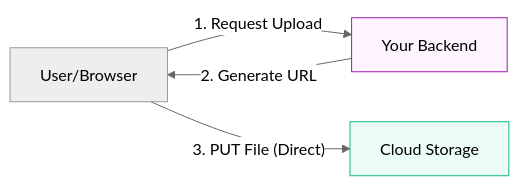
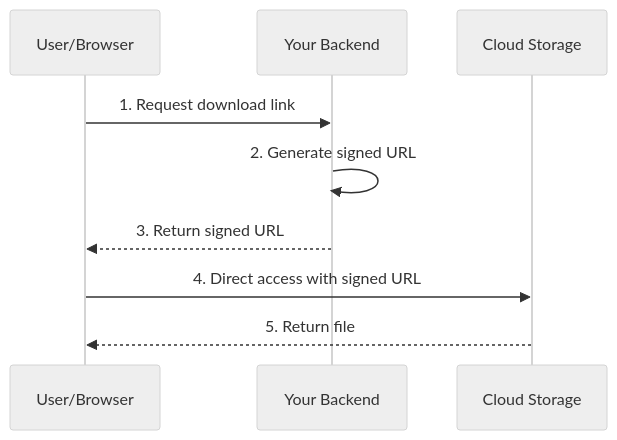
One commit to jyothivempa/gcp-study-plan changed the third of 3 diagrams in curriculum/content/section_11_storage_advanced.md. Above: the diagram before and after it, drawn with Mermaid (neutral theme). The commit also changed other lines of this file and 84 other files, not shown here.

````diff
--- a/curriculum/content/section_11_storage_advanced.md
+++ b/curriculum/content/section_11_storage_advanced.md
@@ -56,9 +163,12 @@
 ```mermaid
-graph LR
-    User[User/Browser] -- "1. Request Upload" --> App[Your Backend]
-    App -- "2. Generate URL" --> User
-    User -- "3. PUT File (Direct)" --> GCS[Cloud Storage]
-
-    style App fill:#fdf4ff,stroke:#a21caf
-    style GCS fill:#ecfdf5,stroke:#10b981
+sequenceDiagram
+    participant User as User/Browser
+    participant App as Your Backend
+    participant GCS as Cloud Storage
+    
+    User->>App: 1. Request download link
+    App->>App: 2. Generate signed URL
+    App-->>User: 3. Return signed URL
+    User->>GCS: 4. Direct access with signed URL
+    GCS-->>User: 5. Return file
 ```
````
